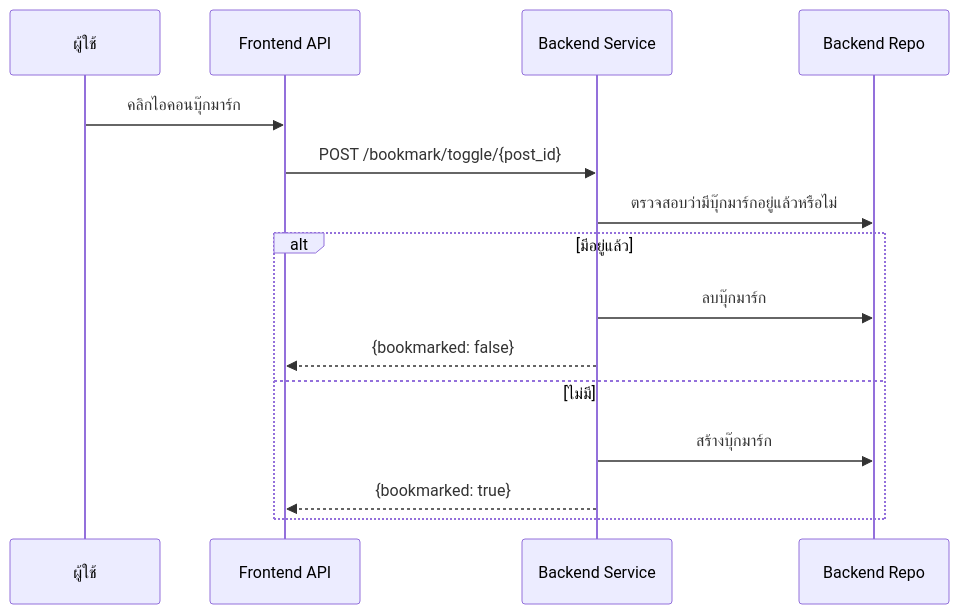
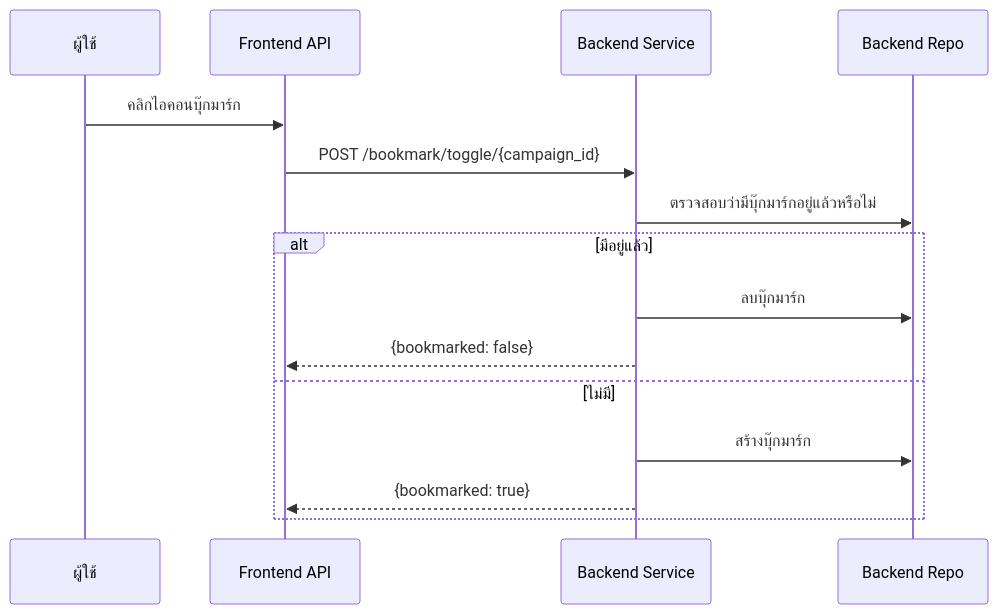
One commit to o-kard/okard-backend changed the diagram in docs/developer_manual/th/bookmark_module_manual.md. Above: the diagram before and after it, drawn with Mermaid. The commit also changed other lines of this file and 11 other files, not shown here.

````diff
--- a/docs/developer_manual/th/bookmark_module_manual.md
+++ b/docs/developer_manual/th/bookmark_module_manual.md
@@ -25,18 +25,18 @@
 ```mermaid
 sequenceDiagram
     participant User as ผู้ใช้
     participant Front as Frontend API
     participant Back as Backend Service
     participant Repo as Backend Repo
 
     User->>Front: คลิกไอคอนบุ๊กมาร์ก
-    Front->>Back: POST /bookmark/toggle/{post_id}
+    Front->>Back: POST /bookmark/toggle/{campaign_id}
     Back->>Repo: ตรวจสอบว่ามีบุ๊กมาร์กอยู่แล้วหรือไม่
     alt มีอยู่แล้ว
         Back->>Repo: ลบบุ๊กมาร์ก
         Back-->>Front: {bookmarked: false}
     else ไม่มี
         Back->>Repo: สร้างบุ๊กมาร์ก
         Back-->>Front: {bookmarked: true}
     end
 ```
````
